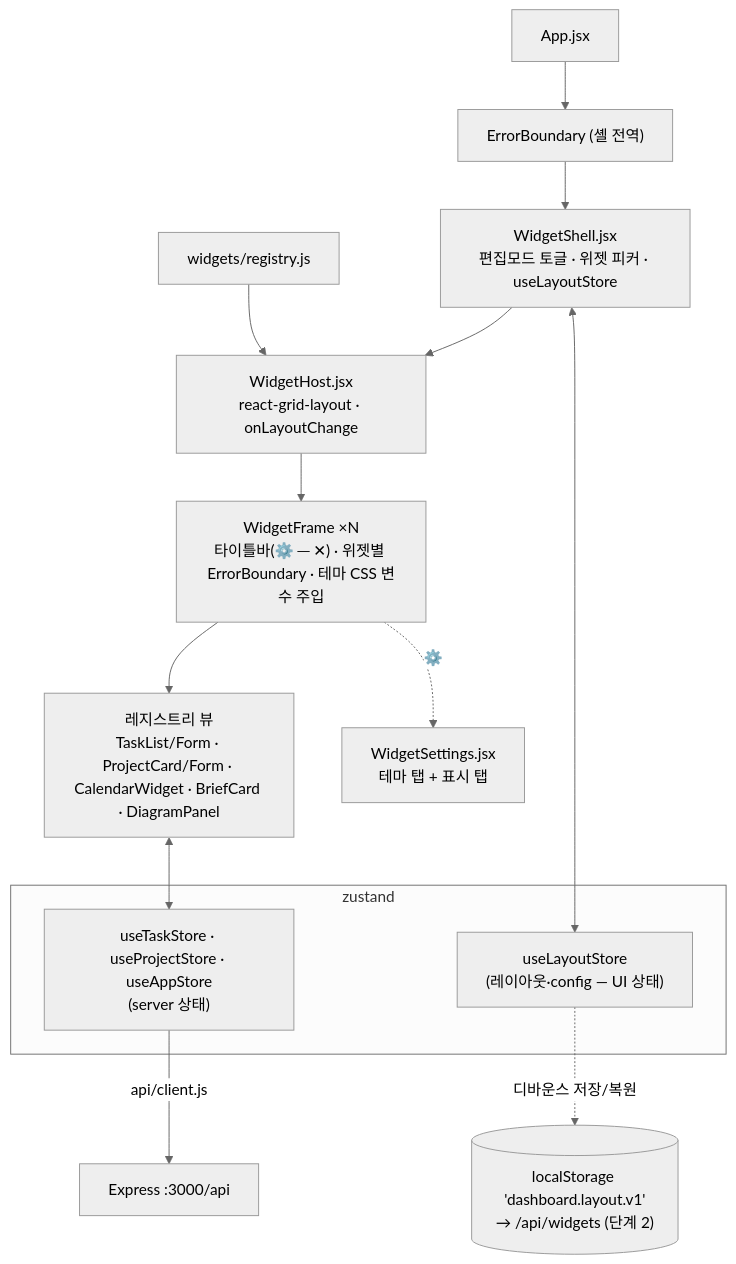
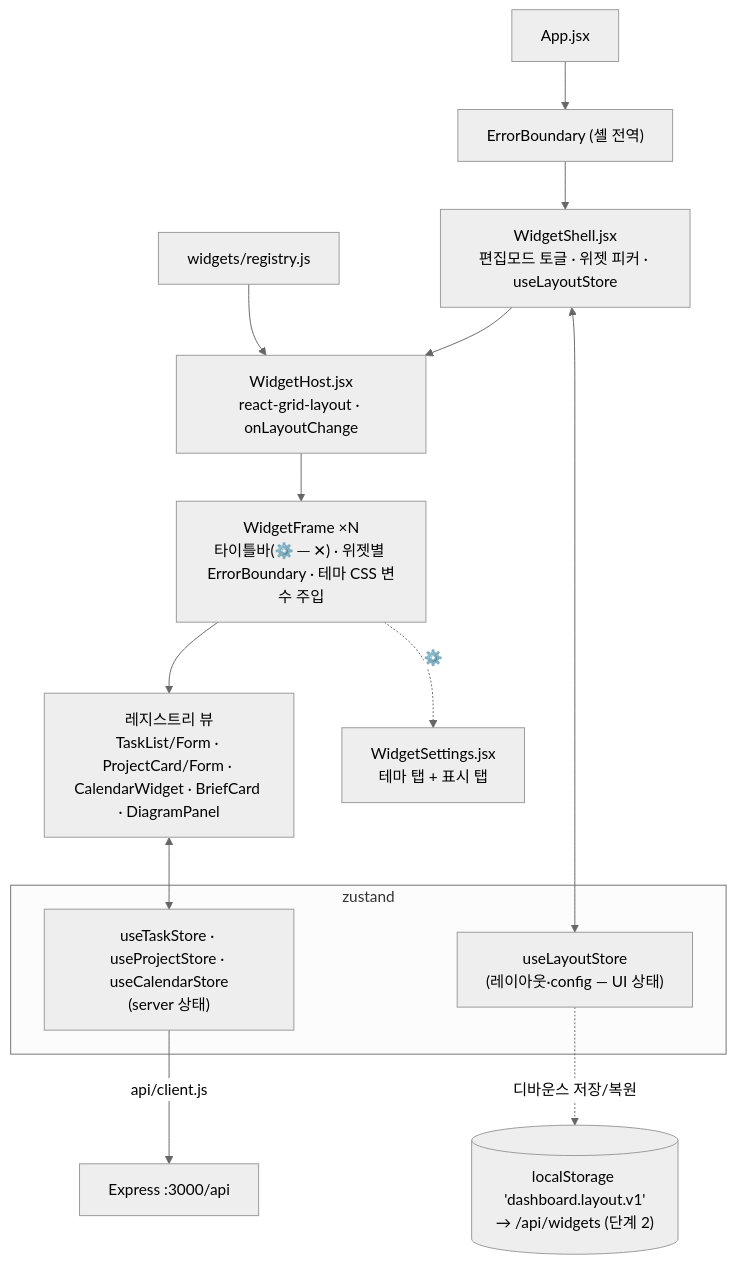
Before and after one commit to gamercross/my-setup-proj: the first of 2 diagrams in docs/product/reference/UI_SPEC.md, drawn with Mermaid (neutral theme). The commit also changed other lines of this file and 18 other files, not shown here.

````diff
--- a/docs/product/reference/UI_SPEC.md
+++ b/docs/product/reference/UI_SPEC.md
@@ -14,19 +14,19 @@
 ```mermaid
 flowchart TB
   APP["App.jsx"] --> ERRB["ErrorBoundary (셸 전역)"]
   ERRB --> SHELL["WidgetShell.jsx<br/>편집모드 토글 · 위젯 피커 · useLayoutStore"]
   SHELL --> HOST["WidgetHost.jsx<br/>react-grid-layout · onLayoutChange"]
   HOST --> WF["WidgetFrame ×N<br/>타이틀바(⚙️ ─ ✕) · 위젯별 ErrorBoundary · 테마 CSS 변수 주입"]
   WF --> VIEW["레지스트리 뷰<br/>TaskList/Form · ProjectCard/Form · CalendarWidget · BriefCard · DiagramPanel"]
   WF -. ⚙️ .-> SET["WidgetSettings.jsx<br/>테마 탭 + 표시 탭"]
 
   subgraph STORES["zustand"]
     LS["useLayoutStore<br/>(레이아웃·config — UI 상태)"]
-    TS["useTaskStore · useProjectStore · useAppStore<br/>(server 상태)"]
+    TS["useTaskStore · useProjectStore · useCalendarStore<br/>(server 상태)"]
   end
   SHELL <--> LS
   VIEW <--> TS
   LS -. 디바운스 저장/복원 .-> P[("localStorage 'dashboard.layout.v1'<br/>→ /api/widgets (단계 2)")]
   TS -->|"api/client.js"| BE["Express :3000/api"]
   REG["widgets/registry.js"] --> HOST
 ```
````
